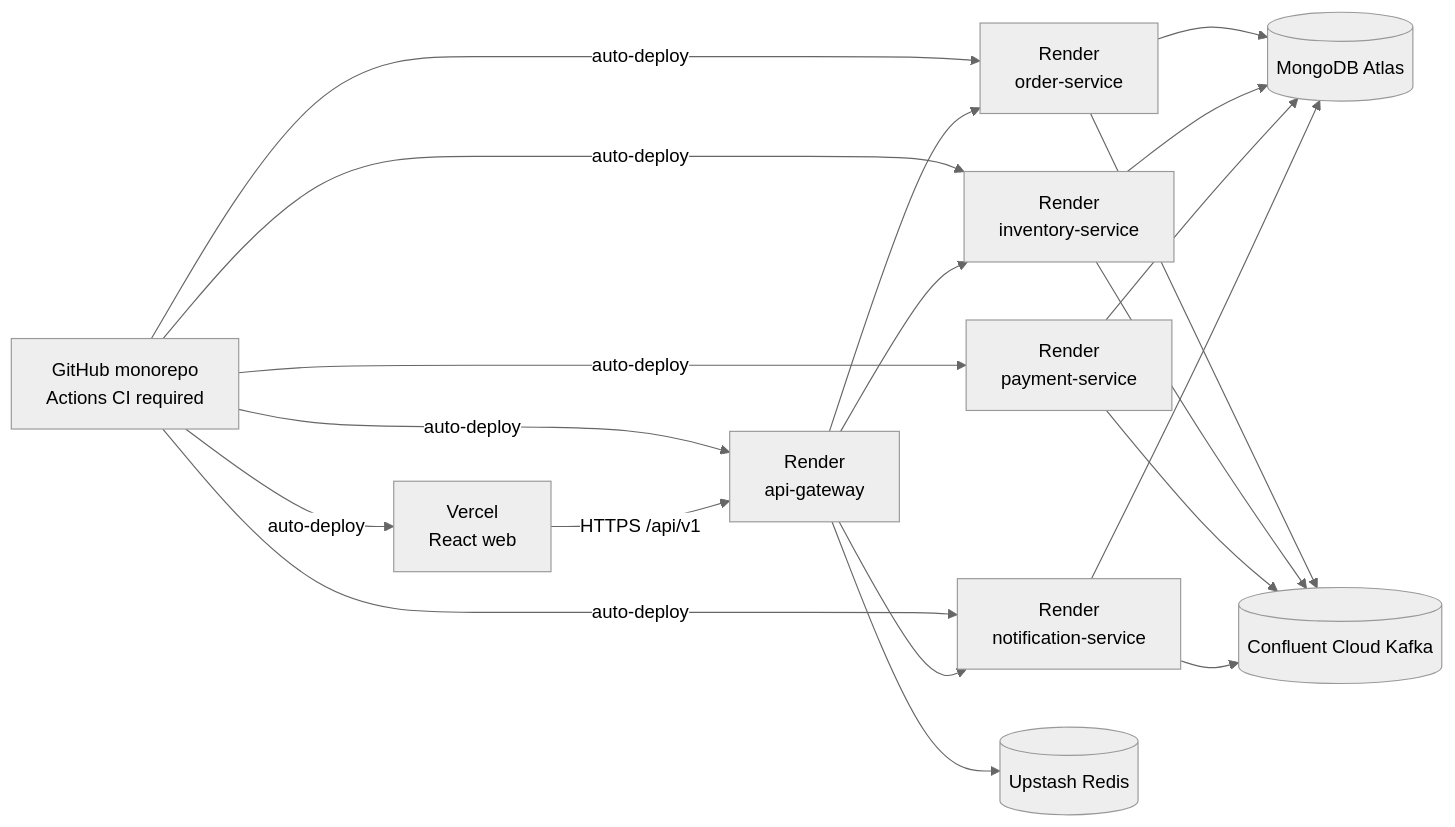
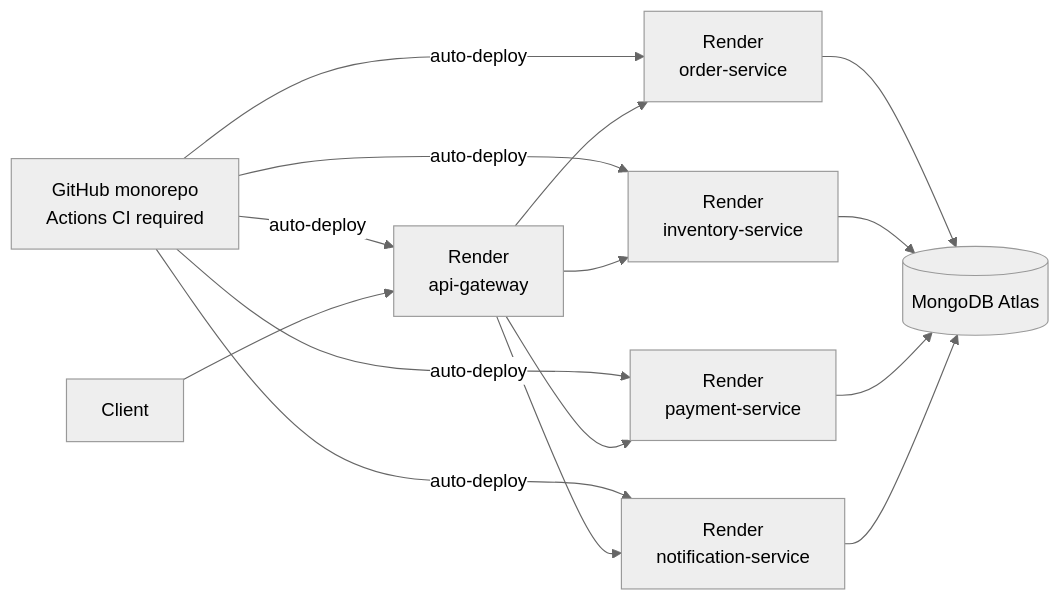
Before and after one commit to kashyap801/orderflow: the diagram in deploy/README.md, drawn with Mermaid (neutral theme). The commit also changed other lines of this file and 7 other files, not shown here.

````diff
--- a/deploy/README.md
+++ b/deploy/README.md
@@ -18,22 +19,17 @@
 ```mermaid
 flowchart LR
-  GH["GitHub monorepo<br/>Actions CI required"] -->|auto-deploy| V["Vercel<br/>React web"]
-  GH -->|auto-deploy| G["Render<br/>api-gateway"]
+  GH["GitHub monorepo<br/>Actions CI required"] -->|auto-deploy| G["Render<br/>api-gateway"]
   GH -->|auto-deploy| O["Render<br/>order-service"]
   GH -->|auto-deploy| I["Render<br/>inventory-service"]
   GH -->|auto-deploy| P["Render<br/>payment-service"]
   GH -->|auto-deploy| N["Render<br/>notification-service"]
-  V -->|"HTTPS /api/v1"| G
+  C["Client"] --> G
   G --> O
   G --> I
+  G --> P
   G --> N
   O --> A[("MongoDB Atlas")]
   I --> A
   P --> A
   N --> A
-  G --> R[("Upstash Redis")]
-  O --> K[("Confluent Cloud Kafka")]
-  I --> K
-  P --> K
-  N --> K
 ```
````
